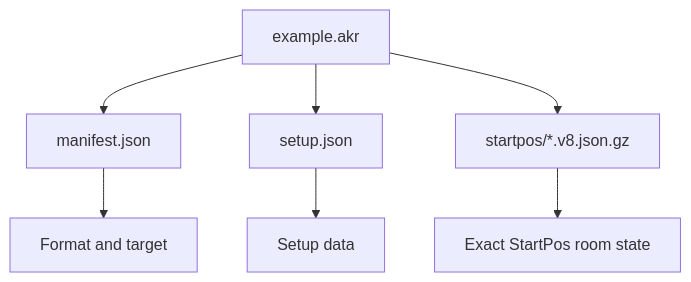
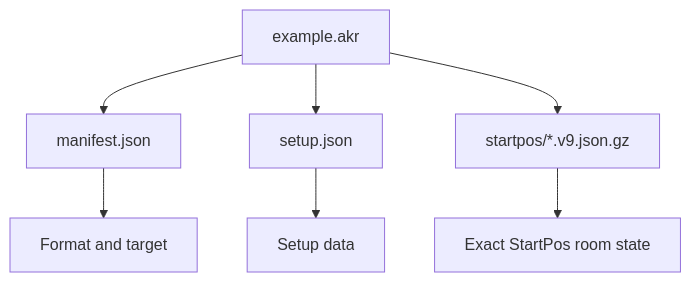
One commit to Microck/akron changed the diagram in docs/concepts/akr-files-and-setup-state.mdx. Above: the diagram before and after it, drawn with Mermaid. The commit also changed other lines of this file and 15 other files, not shown here.

````diff
--- a/docs/concepts/akr-files-and-setup-state.mdx
+++ b/docs/concepts/akr-files-and-setup-state.mdx
@@ -27,9 +27,9 @@
 ```mermaid
 flowchart TD
   archive["example.akr"] --> manifest["manifest.json"]
   archive --> payload["setup.json"]
-  archive --> snapshots["startpos/*.v8.json.gz"]
+  archive --> snapshots["startpos/*.v9.json.gz"]
   manifest --> target["Format and target"]
   payload --> settings["Setup data"]
   snapshots --> roomState["Exact StartPos room state"]
 ```
````
